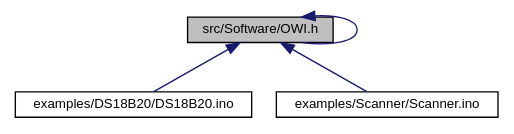
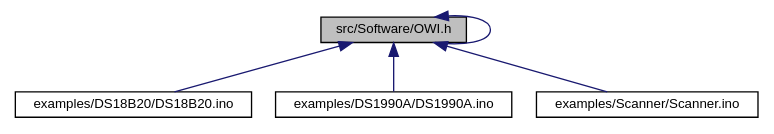
The diagram in Arduino-OWI/d1/dc9/Software_2OWI_8h__dep__incl.dot (mikaelpatel/mikaelpatel.github.io), drawn with Graphviz before and after one commit. The commit also changed 98 other files, not shown here.

```diff
--- a/Arduino-OWI/d1/dc9/Software_2OWI_8h__dep__incl.dot
+++ b/Arduino-OWI/d1/dc9/Software_2OWI_8h__dep__incl.dot
@@ -1,11 +1,13 @@
 digraph "src/Software/OWI.h"
 {
   edge [fontname="Helvetica",fontsize="10",labelfontname="Helvetica",labelfontsize="10"];
   node [fontname="Helvetica",fontsize="10",shape=record];
   Node1 [label="src/Software/OWI.h",height=0.2,width=0.4,color="black", fillcolor="grey75", style="filled", fontcolor="black"];
   Node1 -> Node1 [dir="back",color="midnightblue",fontsize="10",style="solid",fontname="Helvetica"];
   Node1 -> Node2 [dir="back",color="midnightblue",fontsize="10",style="solid",fontname="Helvetica"];
   Node2 [label="examples/DS18B20/DS18B20.ino",height=0.2,width=0.4,color="black", fillcolor="white", style="filled",URL="$de/d2e/DS18B20_8ino.html"];
   Node1 -> Node3 [dir="back",color="midnightblue",fontsize="10",style="solid",fontname="Helvetica"];
-  Node3 [label="examples/Scanner/Scanner.ino",height=0.2,width=0.4,color="black", fillcolor="white", style="filled",URL="$dd/da4/Scanner_8ino.html"];
+  Node3 [label="examples/DS1990A/DS1990A.ino",height=0.2,width=0.4,color="black", fillcolor="white", style="filled",URL="$dc/d26/DS1990A_8ino.html"];
+  Node1 -> Node4 [dir="back",color="midnightblue",fontsize="10",style="solid",fontname="Helvetica"];
+  Node4 [label="examples/Scanner/Scanner.ino",height=0.2,width=0.4,color="black", fillcolor="white", style="filled",URL="$dd/da4/Scanner_8ino.html"];
 }
```
